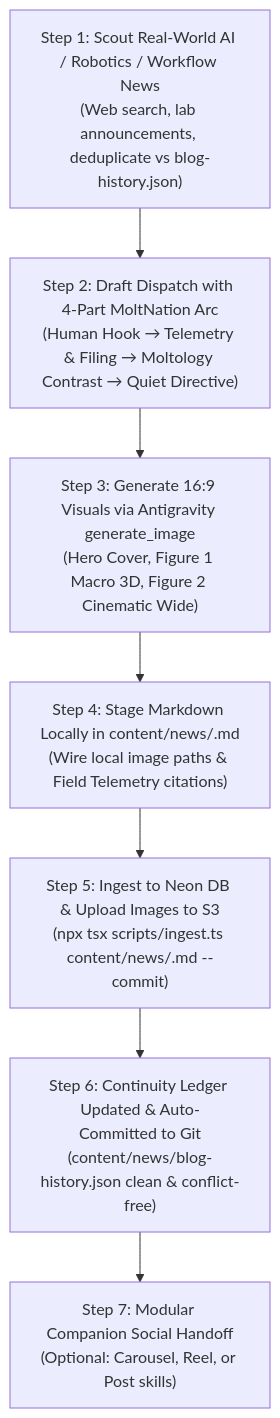
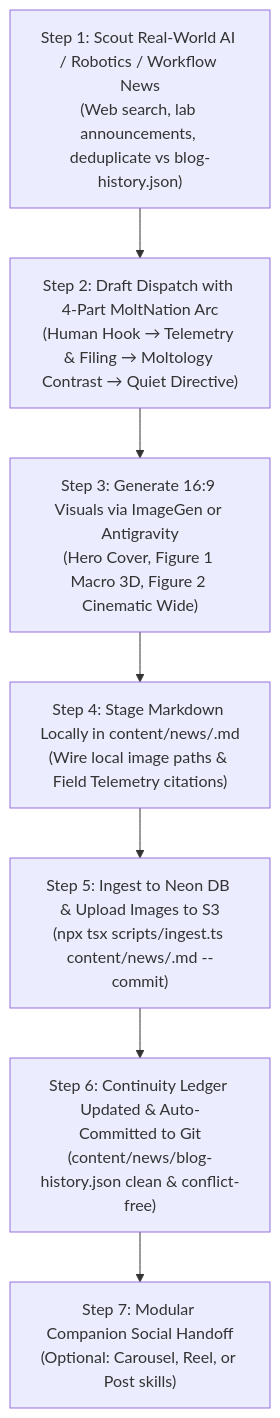
Before and after one commit to mstupp1/moltology: the diagram in .agents/skills/blog-creator/SKILL.md, drawn with Mermaid. The commit also changed other lines of this file and 1 other file, not shown here.

Commit message:
docs(blog): allow ImageGen or Antigravity illustrations

````diff
--- a/.agents/skills/blog-creator/SKILL.md
+++ b/.agents/skills/blog-creator/SKILL.md
@@ -36,9 +36,9 @@
 ```mermaid
 flowchart TD
     A["Step 1: Scout Real-World AI / Robotics / Workflow News<br/>(Web search, lab announcements, deduplicate vs blog-history.json)"] --> B["Step 2: Draft Dispatch with 4-Part MoltNation Arc<br/>(Human Hook → Telemetry & Filing → Moltology Contrast → Quiet Directive)"]
-    B --> C["Step 3: Generate 16:9 Visuals via Antigravity generate_image<br/>(Hero Cover, Figure 1 Macro 3D, Figure 2 Cinematic Wide)"]
+    B --> C["Step 3: Generate 16:9 Visuals via ImageGen or Antigravity<br/>(Hero Cover, Figure 1 Macro 3D, Figure 2 Cinematic Wide)"]
     C --> D["Step 4: Stage Markdown Locally in content/news/<slug>.md<br/>(Wire local image paths & Field Telemetry citations)"]
     D --> E["Step 5: Ingest to Neon DB & Upload Images to S3<br/>(npx tsx scripts/ingest.ts content/news/<slug>.md --commit)"]
     E --> F["Step 6: Continuity Ledger Updated & Auto-Committed to Git<br/>(content/news/blog-history.json clean & conflict-free)"]
     F --> G["Step 7: Modular Companion Social Handoff<br/>(Optional: Carousel, Reel, or Post skills)"]
 ```
````
